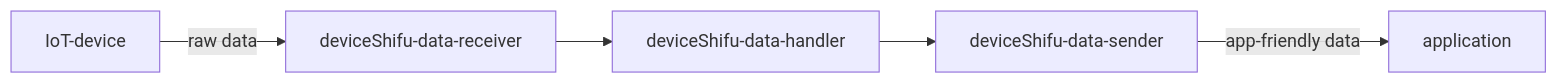
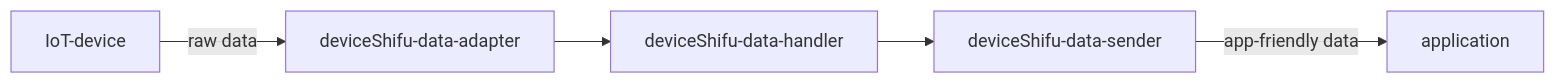
Before and after one commit to Edgenesis/shifu: the second of 3 diagrams in docs/design/design-customized-deviceshifu.md, drawn with Mermaid. The commit also changed other lines of this file, not shown here.

````diff
--- a/docs/design/design-customized-deviceshifu.md
+++ b/docs/design/design-customized-deviceshifu.md
@@ -16,5 +16,5 @@
 ```mermaid
   flowchart LR
-    IoT-device --> |raw data|deviceShifu-data-receiver-->deviceShifu-data-handler-->deviceShifu-data-sender-->|app-friendly data|application
+    IoT-device --> |raw data|deviceShifu-data-adapter-->deviceShifu-data-handler-->deviceShifu-data-sender-->|app-friendly data|application
 
 ```
````
